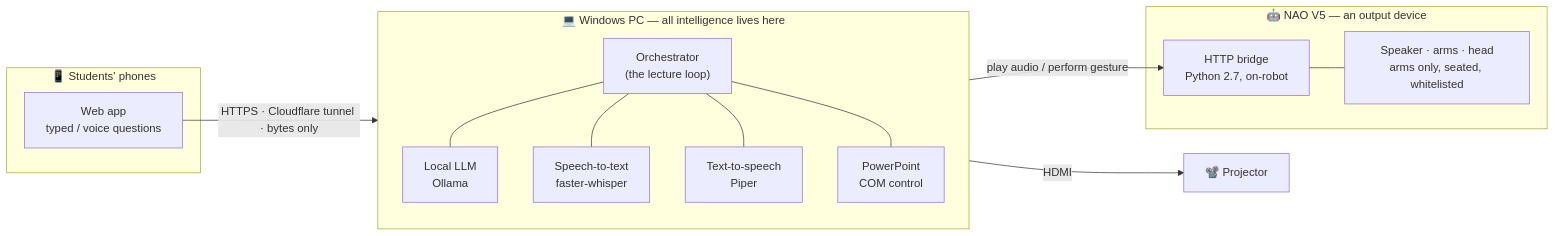
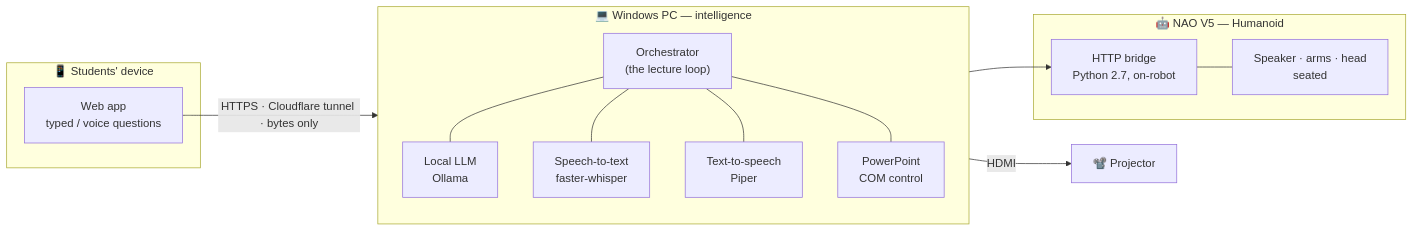
One commit to michael-naf/NAO-Sensei changed the first of 2 diagrams in README.md. Above: the diagram before and after it, drawn with Mermaid. The commit also changed other lines of this file, not shown here.

Commit message:
README: fix Status badge and a diagram typo
- Status badge: drop the stray %20 so it reads "MVP", not " MVP".
- Architecture diagram: "qudestions" -> "questions".

````diff
--- a/README.md
+++ b/README.md
@@ -115,26 +114,26 @@
 ```mermaid
 flowchart LR
-    subgraph Phones["📱 Students' phones"]
+    subgraph Phones["📱 Students' device"]
         S["Web app<br/>typed / voice questions"]
     end
 
-    subgraph PC["💻 Windows PC — all intelligence lives here"]
+    subgraph PC["💻 Windows PC — intelligence"]
         direction TB
         ORCH["Orchestrator<br/>(the lecture loop)"]
         LLM["Local LLM<br/>Ollama"]
         STT["Speech-to-text<br/>faster-whisper"]
         TTS["Text-to-speech<br/>Piper"]
         PPTX["PowerPoint<br/>COM control"]
         ORCH --- LLM & STT & TTS & PPTX
     end
 
-    subgraph Robot["🤖 NAO V5 — an output device"]
+    subgraph Robot["🤖 NAO V5 — Humanoid"]
         BR["HTTP bridge<br/>Python 2.7, on-robot"]
-        BODY["Speaker · arms · head<br/>arms only, seated, whitelisted"]
+        BODY["Speaker · arms · head<br/>seated"]
         BR --- BODY
     end
 
     S -->|"HTTPS · Cloudflare tunnel · bytes only"| ORCH
-    ORCH -->|"play audio / perform gesture"| BR
+    ORCH --> BR
     PPTX -->|"HDMI"| PROJ["📽️ Projector"]
 ```
````
